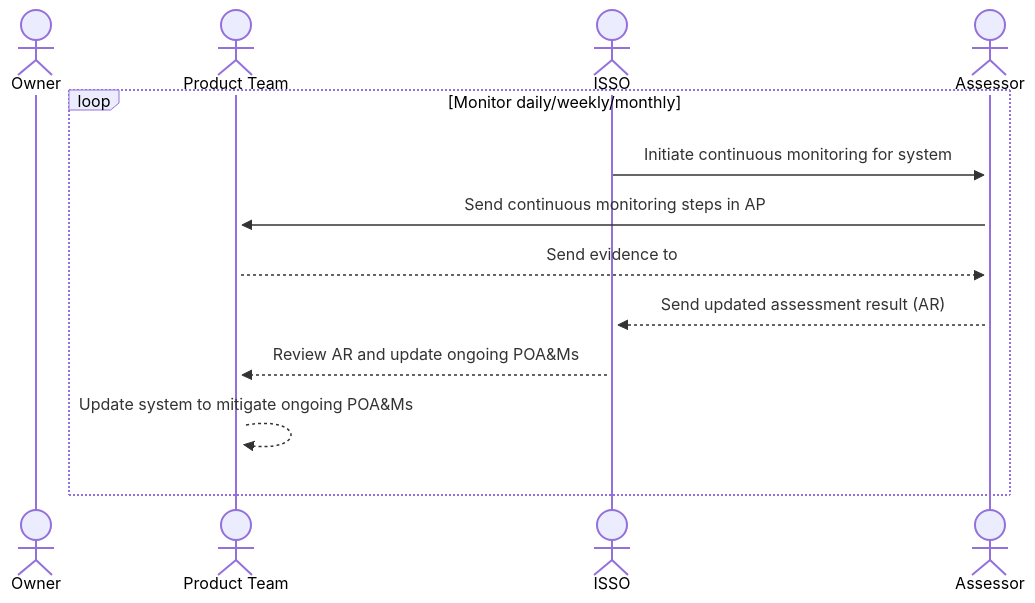
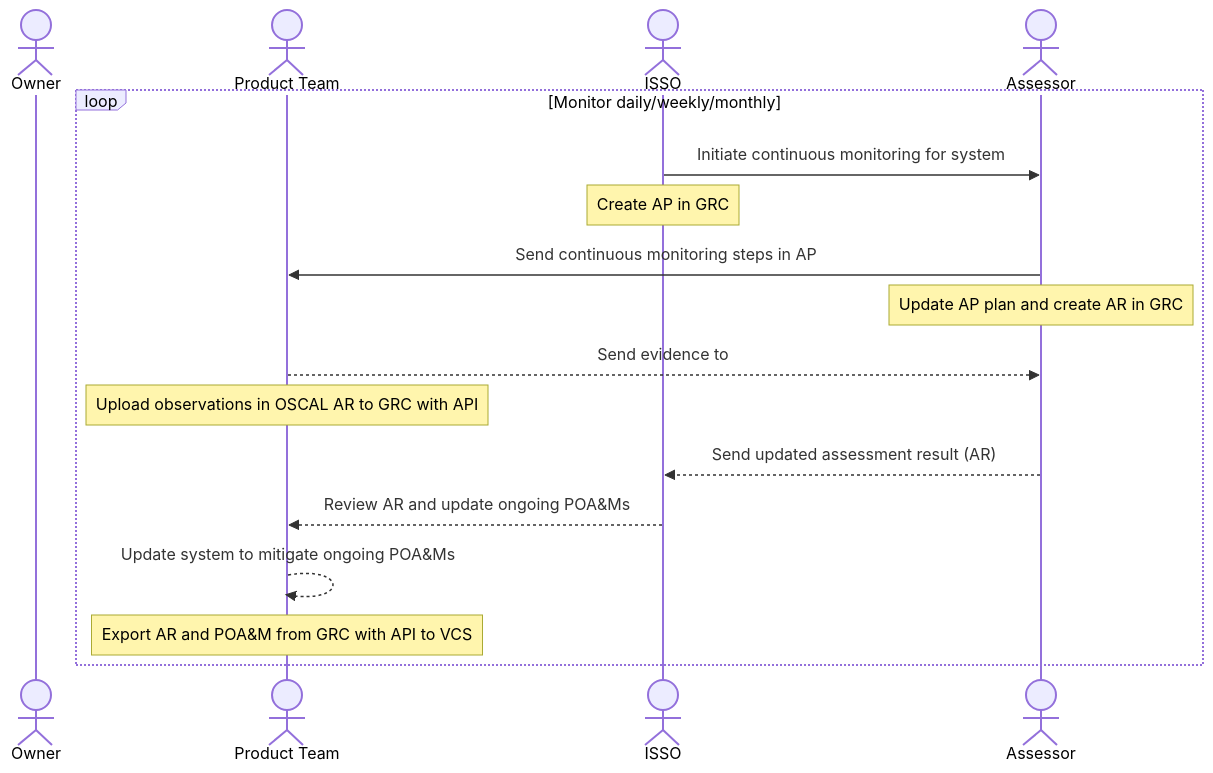
The diagram in docs/support/rmf7_monitor.mermaid (aj-stein-nist/oscal-2023-workshop), drawn with Mermaid before and after one commit. The commit also changed 8 other files, not shown here.

Commit message:
Many slide and diagram updates from Nikita.

```diff
--- a/docs/support/rmf7_monitor.mermaid
+++ b/docs/support/rmf7_monitor.mermaid
@@ -1,13 +1,17 @@
 sequenceDiagram
     actor Owner
     actor Product Team
     actor ISSO
     actor Assessor
     loop Monitor daily/weekly/monthly
-        ISSO->>+Assessor: Initiate continuous monitoring for system
-        Assessor->>+Product Team: Send continuous monitoring steps in AP
-        Product Team-->>+Assessor: Send evidence to 
-        Assessor-->>+ISSO: Send updated assessment result (AR)
-        ISSO-->>+Product Team: Review AR and update ongoing POA&Ms
-        Product Team-->>+Product Team: Update system to mitigate ongoing POA&Ms
+        ISSO->>Assessor: Initiate continuous monitoring for system
+        Note over ISSO: Create AP in GRC
+        Assessor->>Product Team: Send continuous monitoring steps in AP
+        Note over Assessor: Update AP plan and create AR in GRC
+        Product Team-->>Assessor: Send evidence to 
+        Note over Product Team: Upload observations in OSCAL AR to GRC with API
+        Assessor-->>ISSO: Send updated assessment result (AR)
+        ISSO-->>Product Team: Review AR and update ongoing POA&Ms
+        Product Team-->>Product Team: Update system to mitigate ongoing POA&Ms
+        Note over Product Team: Export AR and POA&M from GRC with API to VCS
     end
```
